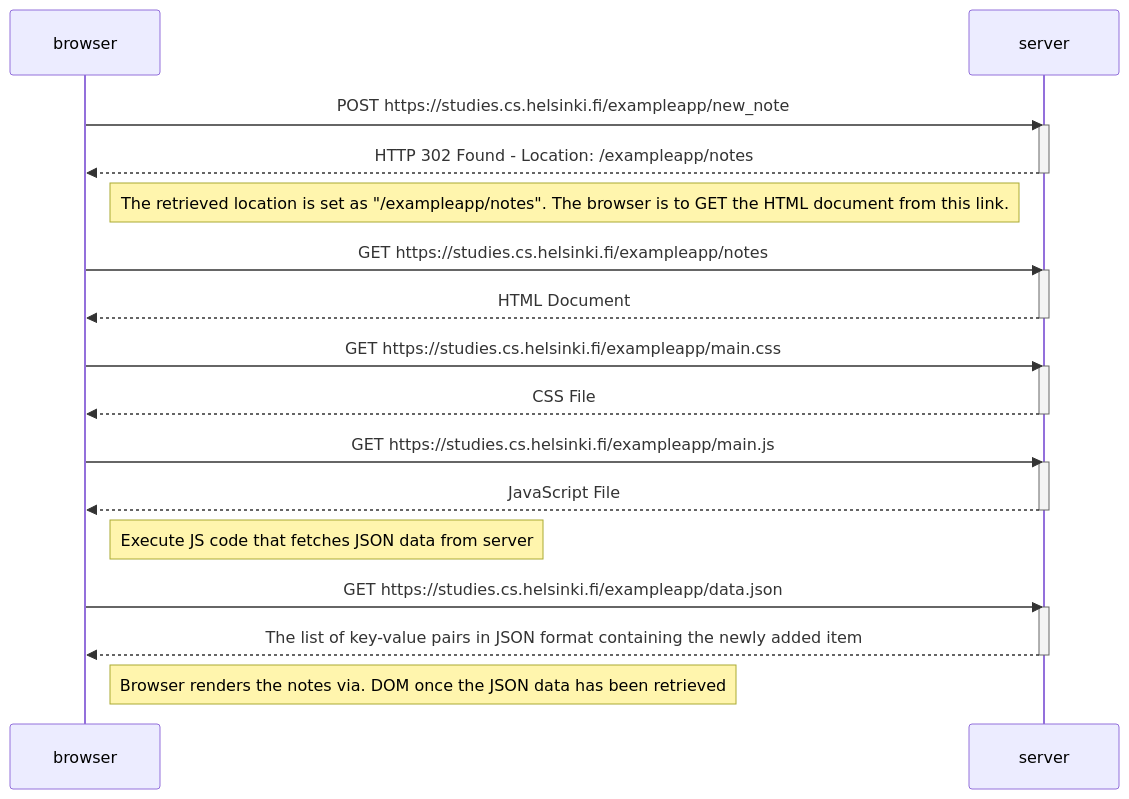
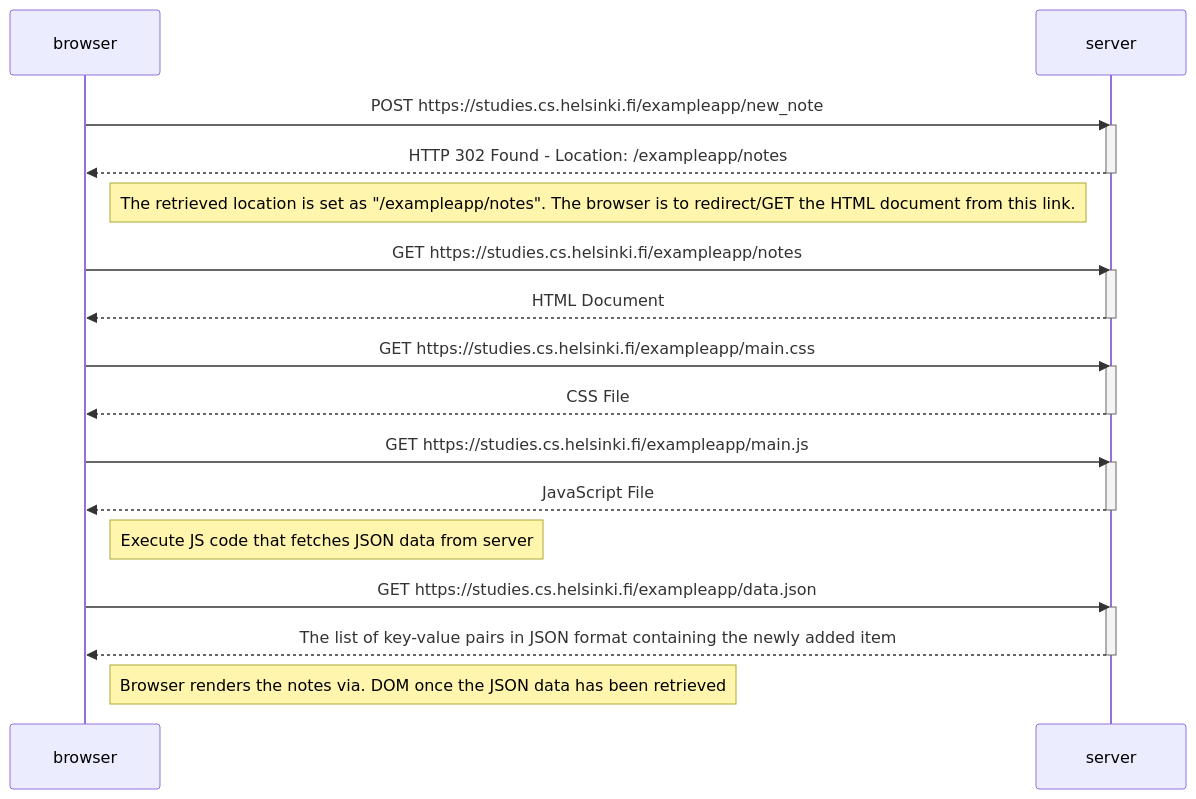
Before and after one commit to iDLEWINK/fso-part0: the diagram in exer4.md, drawn with Mermaid.

````diff
--- a/exer4.md
+++ b/exer4.md
@@ -1,36 +1,36 @@
 ```mermaid
 sequenceDiagram
     participant browser
     participant server
 
     browser->>server: POST https://studies.cs.helsinki.fi/exampleapp/new_note
     activate server
     server-->>browser: HTTP 302 Found - Location: /exampleapp/notes
     deactivate server
 
-    Note right of browser: The retrieved location is set as "/exampleapp/notes". The browser is to GET the HTML document from this link.
+    Note right of browser: The retrieved location is set as "/exampleapp/notes". The browser is to redirect/GET the HTML document from this link.
 
     browser->>server: GET https://studies.cs.helsinki.fi/exampleapp/notes
     activate server
     server-->>browser: HTML Document
     deactivate server
 
     browser->>server: GET https://studies.cs.helsinki.fi/exampleapp/main.css
     activate server
     server-->>browser: CSS File
     deactivate server
 
     browser->>server: GET https://studies.cs.helsinki.fi/exampleapp/main.js
     activate server
     server-->>browser: JavaScript File
     deactivate server
 
     Note right of browser: Execute JS code that fetches JSON data from server
 
     browser->>server: GET https://studies.cs.helsinki.fi/exampleapp/data.json
     activate server
     server-->>browser: The list of key-value pairs in JSON format containing the newly added item
     deactivate server
 
     Note right of browser: Browser renders the notes via. DOM once the JSON data has been retrieved
 ```
````
